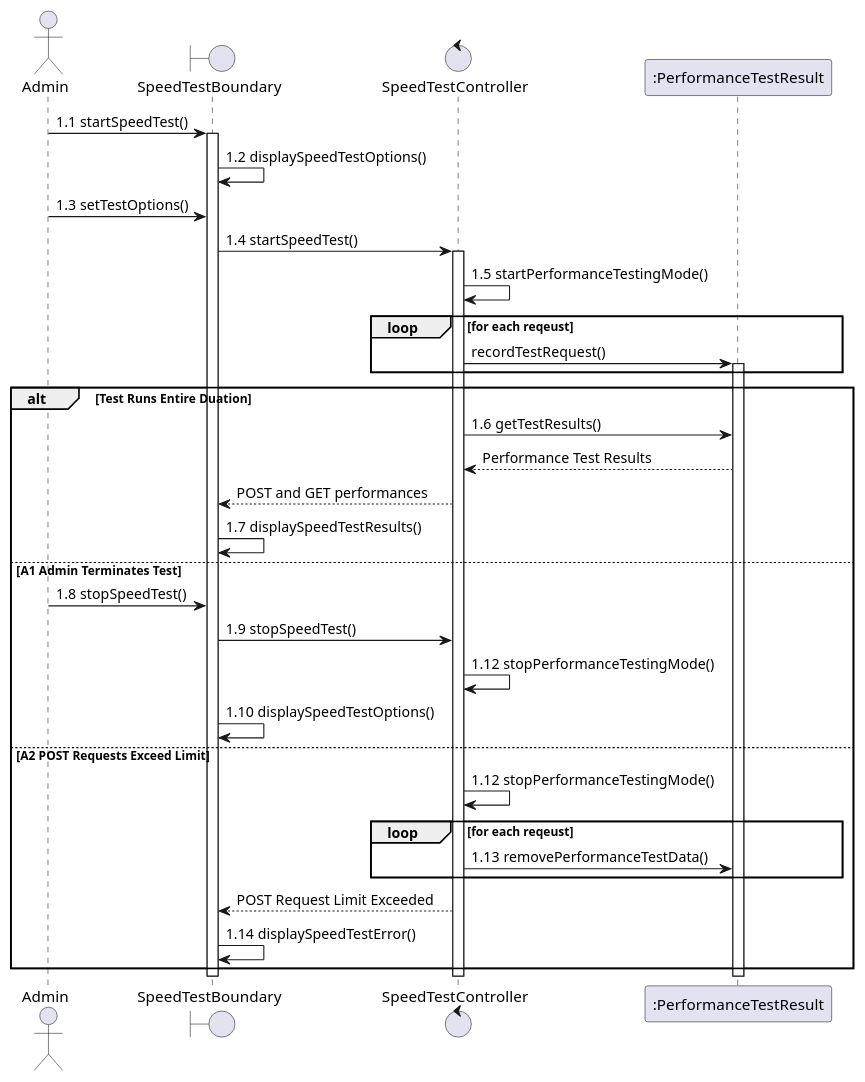
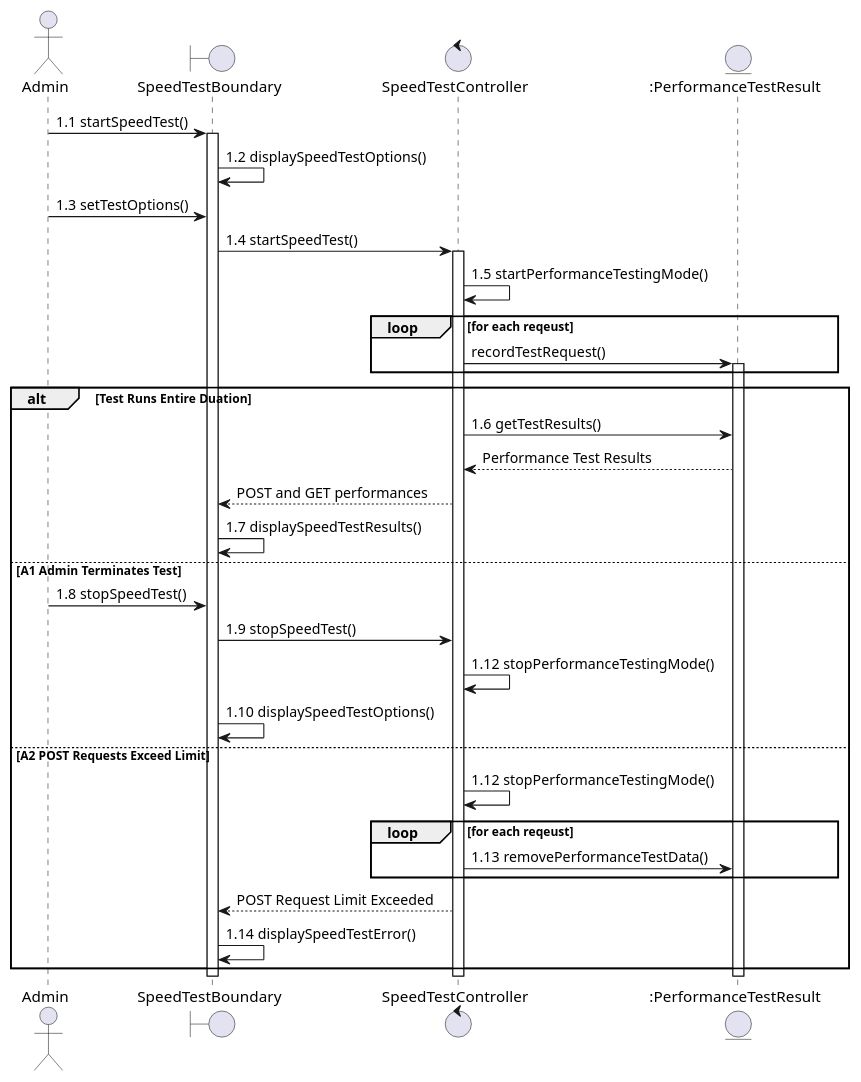
Before and after one commit to Lorilandly/ESN: the diagram in docs/ooa/esn-speedtest/sequence.puml, drawn with PlantUML.

Commit message:
Fix entity symbol

```diff
--- a/docs/ooa/esn-speedtest/sequence.puml
+++ b/docs/ooa/esn-speedtest/sequence.puml
@@ -1,46 +1,46 @@
 @startuml
 
 actor Admin as a
 boundary SpeedTestBoundary as stb
 control SpeedTestController as stc
-participant ":PerformanceTestResult" as ptr
+entity ":PerformanceTestResult" as ptr
 
 a -> stb : 1.1 startSpeedTest()
 activate stb
 stb -> stb: 1.2 displaySpeedTestOptions()
 a -> stb: 1.3 setTestOptions()
 stb -> stc : 1.4 startSpeedTest()
 activate stc
 stc -> stc: 1.5 startPerformanceTestingMode()
 loop for each reqeust
 stc -> ptr: recordTestRequest()
 activate ptr
 end loop
 ' stc -> stc: 1.6 recordTestRequests()
 
 alt Test Runs Entire Duation
 stc -> ptr: 1.6 getTestResults()
 ptr --> stc: Performance Test Results
 stc --> stb: POST and GET performances
 stb -> stb: 1.7 displaySpeedTestResults()
 else A1 Admin Terminates Test
 a -> stb: 1.8 stopSpeedTest()
 stb -> stc: 1.9 stopSpeedTest()
 stc -> stc: 1.12 stopPerformanceTestingMode()
 stb -> stb: 1.10 displaySpeedTestOptions()
 else A2 POST Requests Exceed Limit
 stc -> stc: 1.12 stopPerformanceTestingMode()
 loop for each reqeust
 stc -> ptr: 1.13 removePerformanceTestData()
 end loop
 stc --> stb: POST Request Limit Exceeded
 stb -> stb: 1.14 displaySpeedTestError()
 end
 
 
 
 deactivate ptr
 deactivate stc
 deactivate stb
 
 @enduml
```
